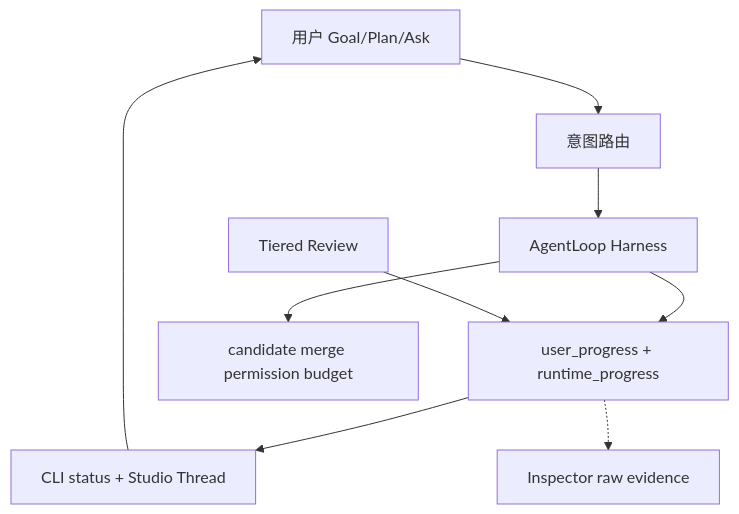
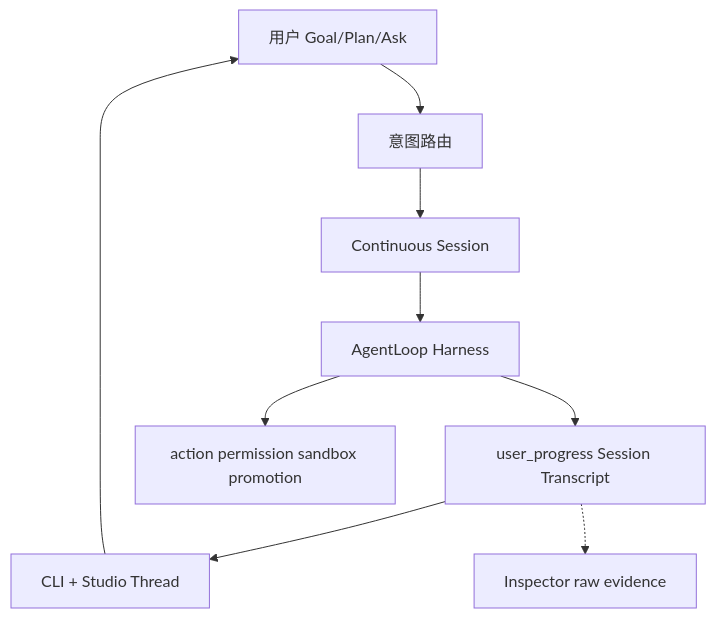
Before and after one commit to z243802480/mult_agent_code: the diagram in docs/zh/研发总计划.md, drawn with Mermaid. The commit also changed other lines of this file and 60 other files, not shown here.

Commit message:
refactor: converge runtime around session agent loop

````diff
--- a/docs/zh/研发总计划.md
+++ b/docs/zh/研发总计划.md
@@ -206,18 +213,17 @@
 ```mermaid
 flowchart TB
     User[用户 Goal/Plan/Ask]
     Intent[意图路由]
+    Session[Continuous Session]
     Harness[AgentLoop Harness]
-    UP[user_progress + runtime_progress]
-    Review[Tiered Review]
-    UI[CLI status + Studio Thread]
+    Transcript[user_progress Session Transcript]
+    UI[CLI + Studio Thread]
     Insp[Inspector raw evidence]
-    Guard[candidate merge permission budget]
+    Guard[action permission sandbox promotion]
 
-    User --> Intent --> Harness
-    Harness --> UP --> UI
+    User --> Intent --> Session --> Harness
+    Harness --> Transcript --> UI
     Harness --> Guard
-    Review --> UP
-    UP -.-> Insp
+    Transcript -.-> Insp
     UI --> User
 ```
````
